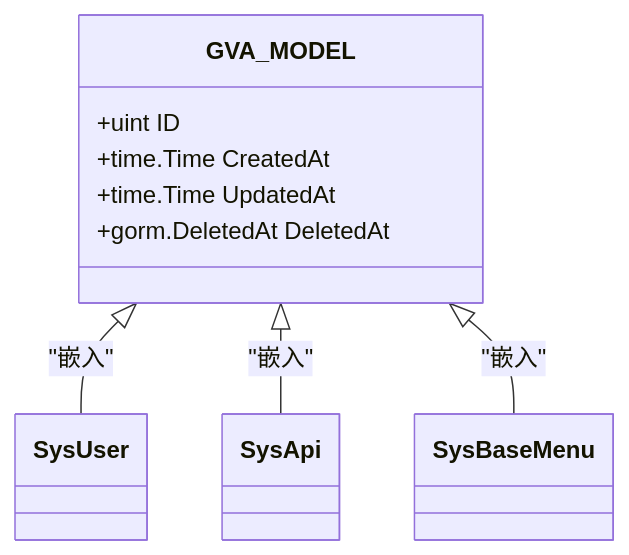
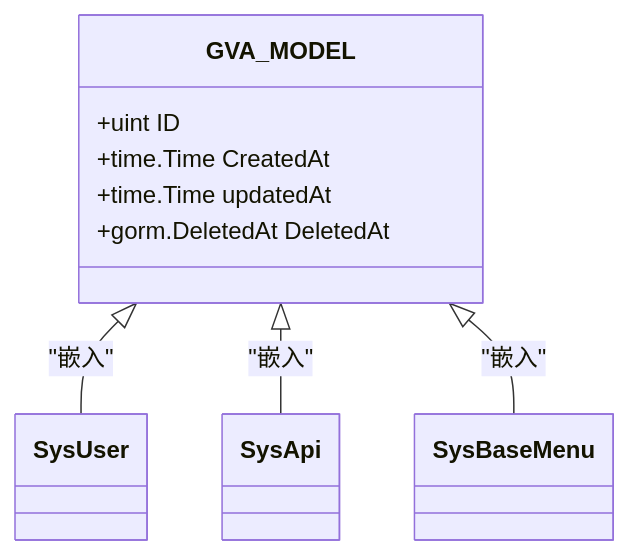
Before and after one commit to lele0124/qqgva: the first of 5 diagrams in docs/后端架构/数据模型层.md, drawn with Mermaid. The commit also changed other lines of this file and 30 other files, not shown here.

````diff
--- a/docs/后端架构/数据模型层.md
+++ b/docs/后端架构/数据模型层.md
@@ -35,12 +35,12 @@
 ```mermaid
 classDiagram
 class GVA_MODEL {
 +uint ID
 +time.Time CreatedAt
-+time.Time UpdatedAt
++time.Time updatedAt
 +gorm.DeletedAt DeletedAt
 }
 GVA_MODEL <|-- SysUser : "嵌入"
 GVA_MODEL <|-- SysApi : "嵌入"
 GVA_MODEL <|-- SysBaseMenu : "嵌入"
 ```
````
